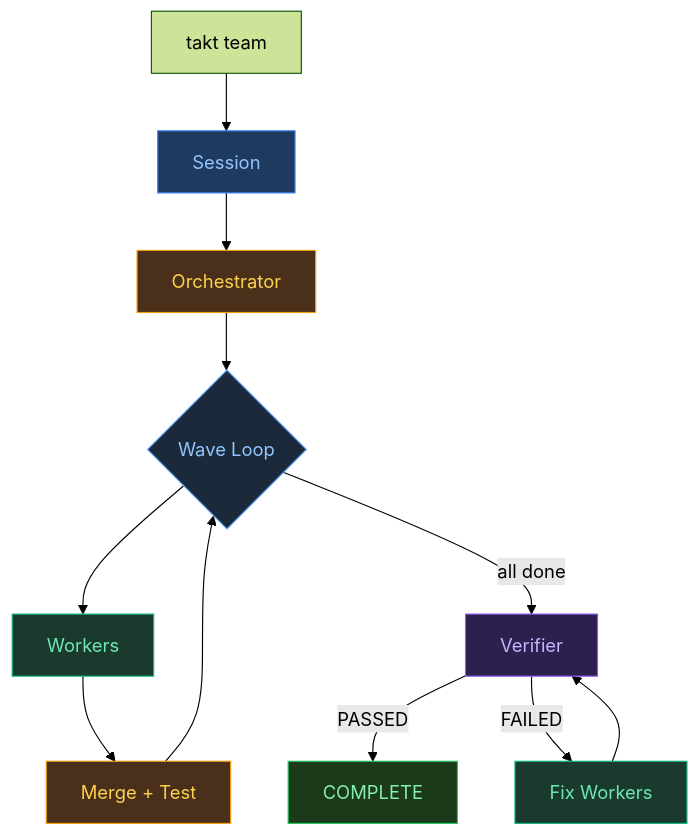
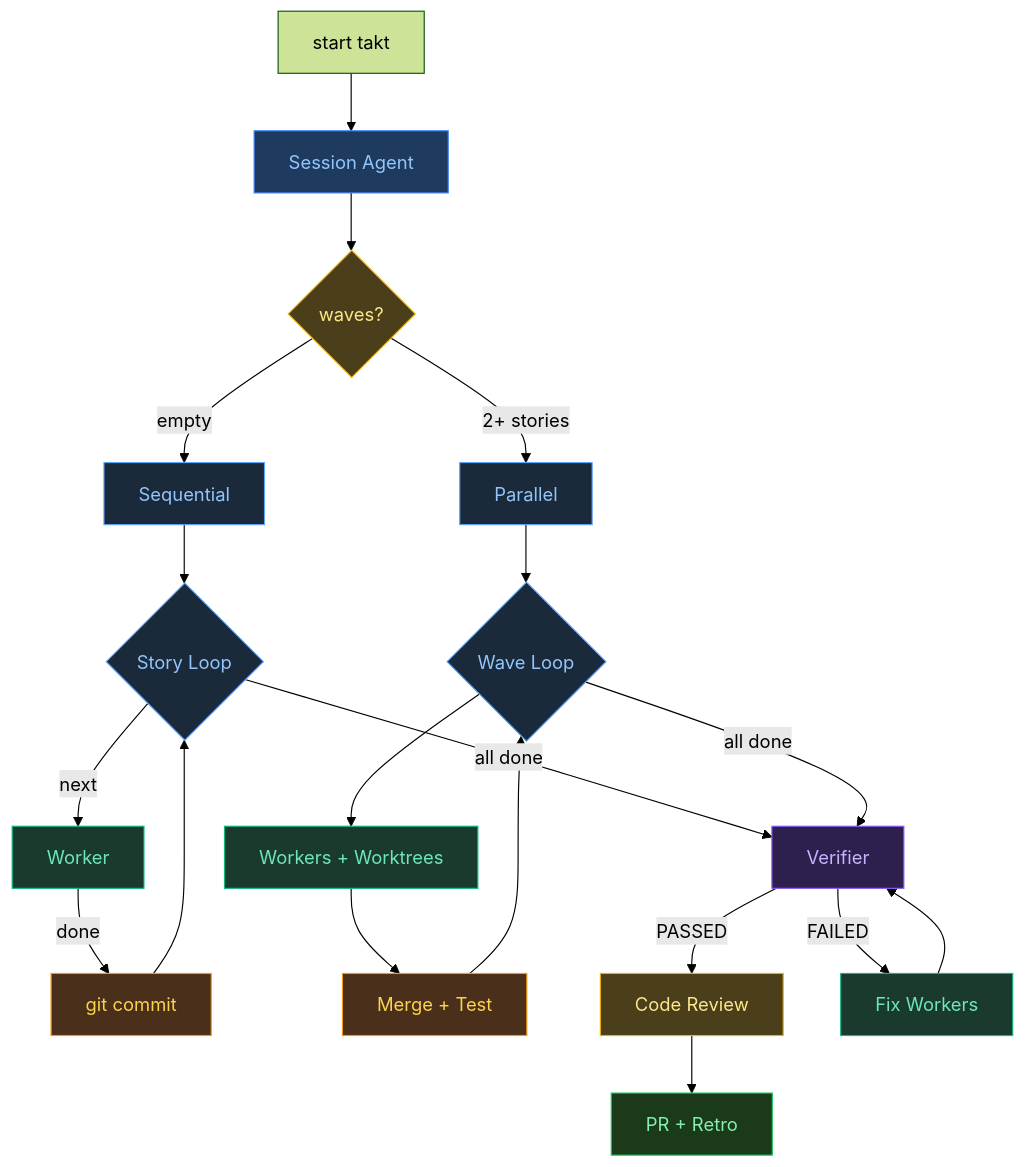
Before and after one commit to Sebstrdigital/takt: the third of 3 diagrams in README.md, drawn with Mermaid (forest theme). The commit also changed other lines of this file, not shown here.

First line of the commit message:
docs: update README for unified orchestration architecture

````diff
--- a/README.md
+++ b/README.md
@@ -139,22 +115,36 @@
 ```mermaid
 graph TD
-    U["takt team"] --> S["Session"]
-    S --> O["Orchestrator"]
-    O --> WL{"Wave Loop"}
-    WL --> W["Workers"]
-    W --> MP["Merge + Test"]
-    MP --> WL
-    WL -- "all done" --> SV["Verifier"]
-    SV -- "PASSED" --> C["COMPLETE"]
+    U["start takt"] --> S["Session Agent"]
+    S --> D{"waves?"}
+    D -- "empty" --> SQ["Sequential"]
+    D -- "2+ stories" --> PL["Parallel"]
+    SQ --> L{"Story Loop"}
+    PL --> WL{"Wave Loop"}
+    L -- "next" --> W["Worker"]
+    W -- "done" --> GC["git commit"]
+    GC --> L
+    WL --> WK["Workers + Worktrees"]
+    WK --> MG["Merge + Test"]
+    MG --> WL
+    L -- "all done" --> SV["Verifier"]
+    WL -- "all done" --> SV
+    SV -- "PASSED" --> CR["Code Review"]
     SV -- "FAILED" --> FW["Fix Workers"]
     FW --> SV
+    CR --> PR["PR + Retro"]
 
     style S fill:#1e3a5f,stroke:#3b82f6,color:#93c5fd
-    style O fill:#4a2f1a,stroke:#f59e0b,color:#fcd34d
+    style D fill:#4a3f1a,stroke:#eab308,color:#fde68a
+    style SQ fill:#1a2a3a,stroke:#60a5fa,color:#93c5fd
+    style PL fill:#1a2a3a,stroke:#60a5fa,color:#93c5fd
     style W fill:#1a3a2e,stroke:#10b981,color:#6ee7b7
+    style WK fill:#1a3a2e,stroke:#10b981,color:#6ee7b7
     style FW fill:#1a3a2e,stroke:#10b981,color:#6ee7b7
-    style MP fill:#4a2f1a,stroke:#f59e0b,color:#fcd34d
+    style GC fill:#4a2f1a,stroke:#f59e0b,color:#fcd34d
+    style MG fill:#4a2f1a,stroke:#f59e0b,color:#fcd34d
     style SV fill:#2d1f4e,stroke:#8b5cf6,color:#c4b5fd
-    style C fill:#1a3a1a,stroke:#22c55e,color:#86efac
+    style CR fill:#4a3f1a,stroke:#eab308,color:#fde68a
+    style PR fill:#1a3a1a,stroke:#22c55e,color:#86efac
+    style L fill:#1a2a3a,stroke:#60a5fa,color:#93c5fd
     style WL fill:#1a2a3a,stroke:#60a5fa,color:#93c5fd
 ```
````
